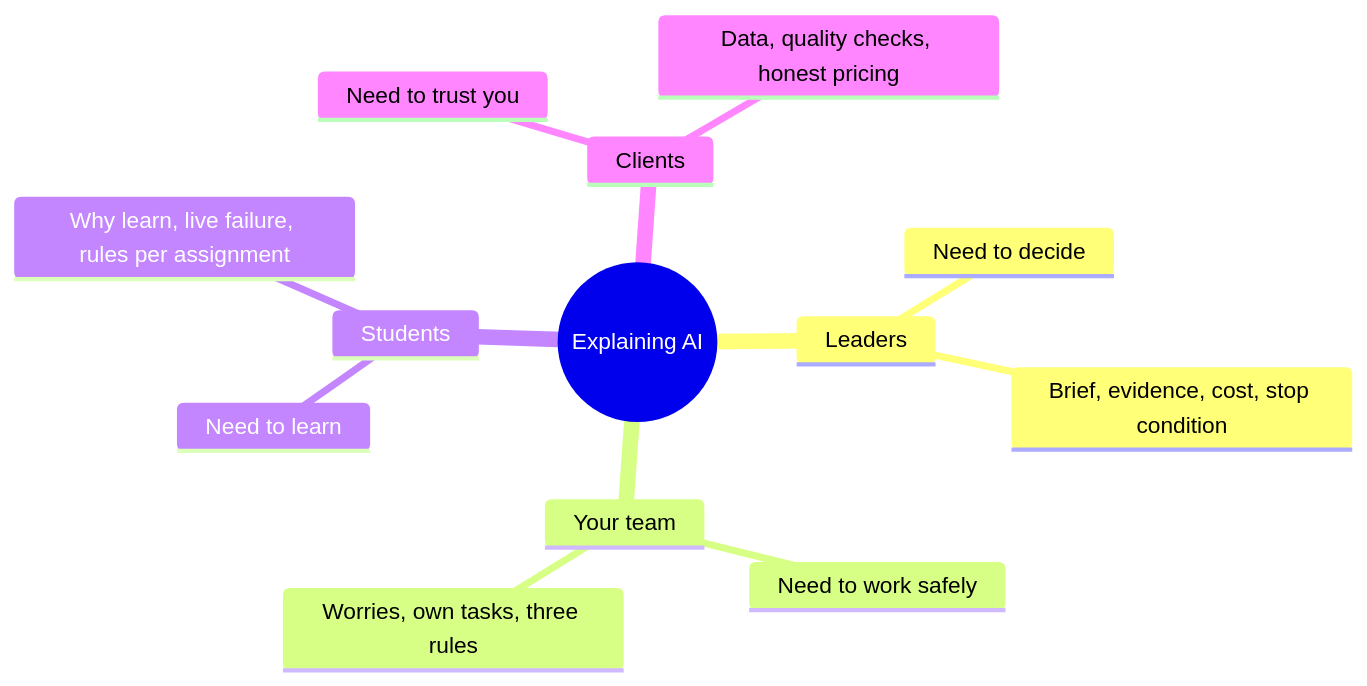
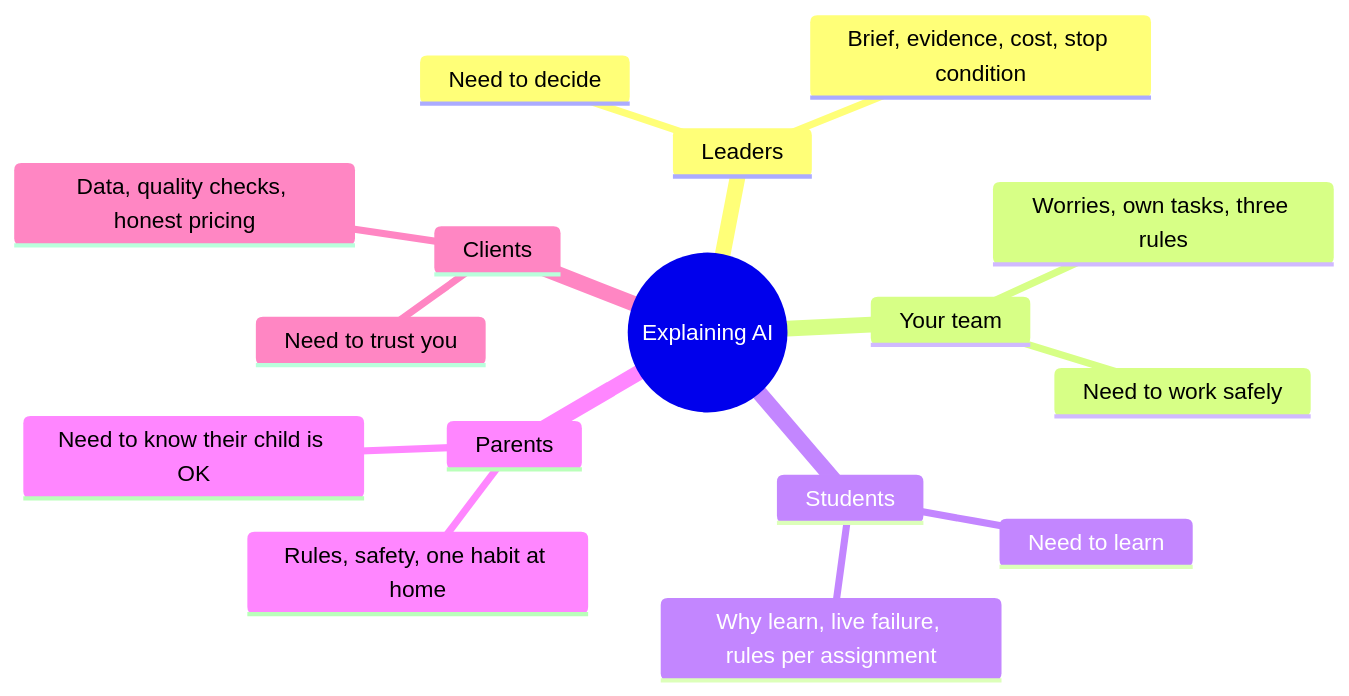
The diagram in docs/start-here/explaining-ai-to-others.md (clarkngo/applied-ai-field-guide), drawn with Mermaid before and after one commit. The commit also changed other lines of this file and 5 other files, not shown here.

````diff
--- a/docs/start-here/explaining-ai-to-others.md
+++ b/docs/start-here/explaining-ai-to-others.md
@@ -43,16 +43,19 @@
 ```mermaid
 mindmap
   root(("Explaining AI"))
     Leaders
       Need to decide
       Brief, evidence, cost, stop condition
     Your team
       Need to work safely
       Worries, own tasks, three rules
     Students
       Need to learn
       Why learn, live failure, rules per assignment
+    Parents
+      Need to know their child is OK
+      Rules, safety, one habit at home
     Clients
       Need to trust you
       Data, quality checks, honest pricing
 ```
````
